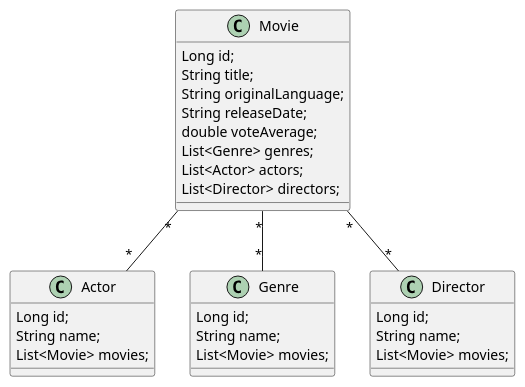
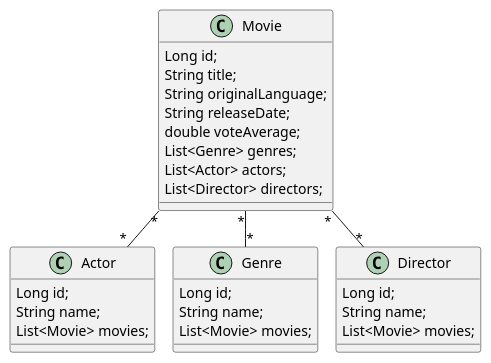
Before and after one commit to Jeanette93Cph/SP1MovieRepository: the diagram in src/docs/Klassediagram.puml, drawn with PlantUML. The commit also changed 2 other files, not shown here.

Commit message:
adds classDiagram v2 - needs update

```diff
--- a/src/docs/Klassediagram.puml
+++ b/src/docs/Klassediagram.puml
@@ -1,47 +1,46 @@
 @startuml
-'https://plantuml.com/class-diagram
-
+!pragma layout smetana
 
 class Movie
 class Actor
 class Genre
 class Director
 
 
 Movie "*" -- "*" Actor
 
 Movie "*" -- "*" Genre
 
 Movie "*" -- "*" Director
 
 class Movie {
 Long id;
 String title;
 String originalLanguage;
 String releaseDate;
 double voteAverage;
 List<Genre> genres;
 List<Actor> actors;
 List<Director> directors;
 }
 
 class Actor{
 Long id;
 String name;
 List<Movie> movies;
 }
 
 class Genre{
 Long id;
 String name;
 List<Movie> movies;
 }
 
 class Director{
 Long id;
 String name;
 List<Movie> movies;
 }
 
 
 @enduml
```
